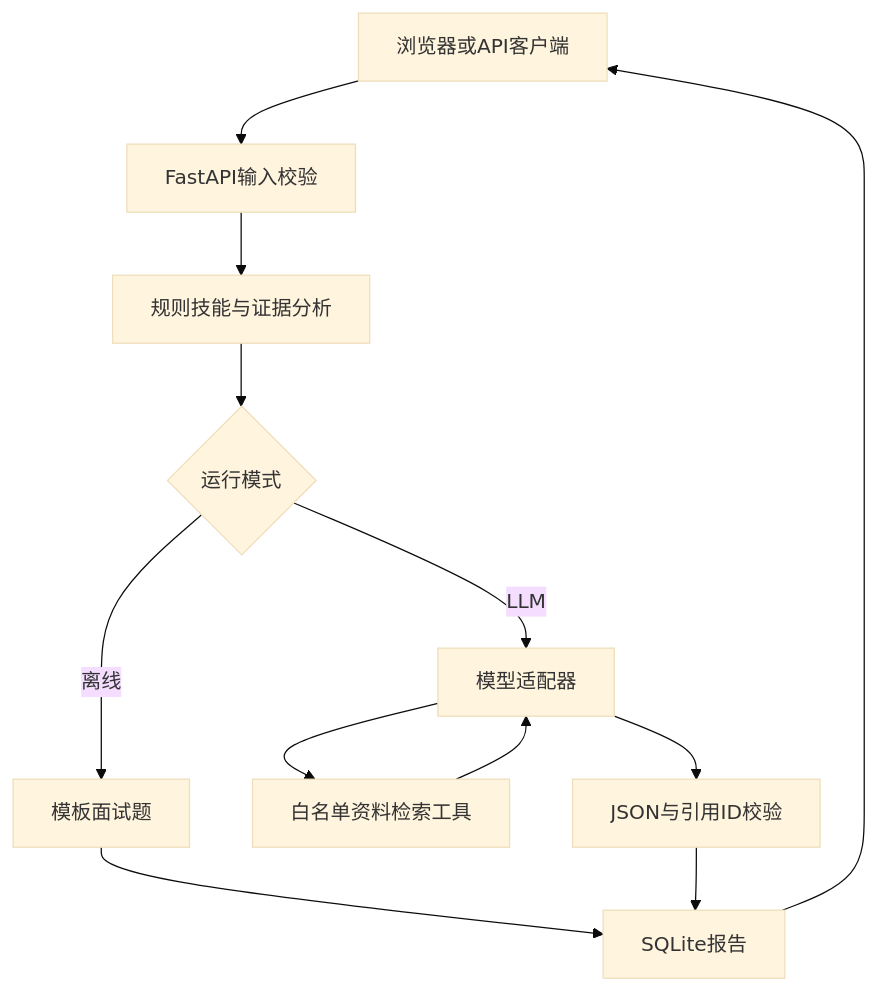
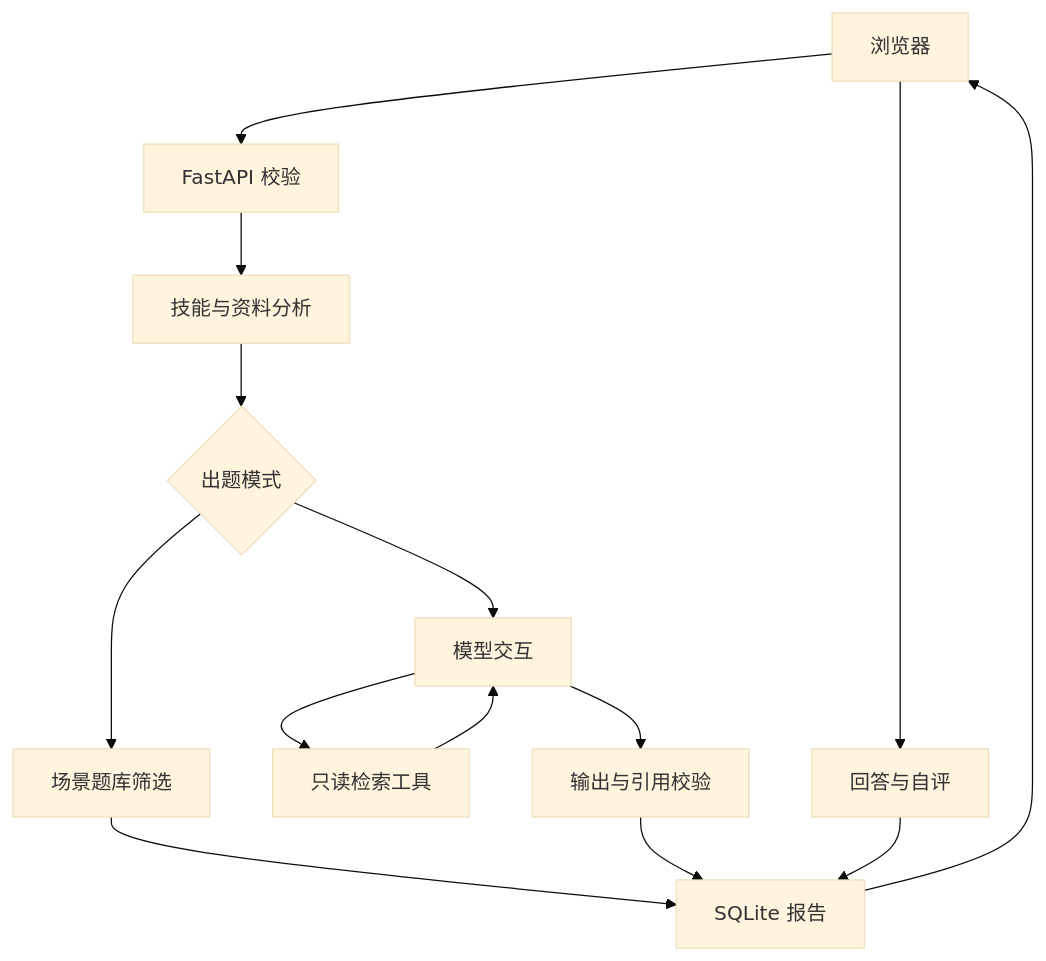
The diagram in docs/ARCHITECTURE.md (hvhvovo/agent-test-lab), drawn with Mermaid (base theme) before and after one commit. The commit also changed other lines of this file and 38 other files, not shown here.

````diff
--- a/docs/ARCHITECTURE.md
+++ b/docs/ARCHITECTURE.md
@@ -3,14 +3,16 @@
 ```mermaid
 flowchart TD
-    U[浏览器或API客户端] --> A[FastAPI输入校验]
-    A --> W[规则技能与证据分析]
-    W --> M{运行模式}
-    M -->|离线| Q[模板面试题]
-    M -->|LLM| L[模型适配器]
-    L --> T[白名单资料检索工具]
+    U[浏览器] --> A[FastAPI 校验]
+    A --> R[技能与资料分析]
+    R --> M{出题模式}
+    M --> B[场景题库筛选]
+    M --> L[模型交互]
+    L --> T[只读检索工具]
     T --> L
-    L --> V[JSON与引用ID校验]
-    Q --> S[SQLite报告]
+    L --> V[输出与引用校验]
+    B --> S[SQLite 报告]
     V --> S
     S --> U
+    U --> P[回答与自评]
+    P --> S
 ```
````
